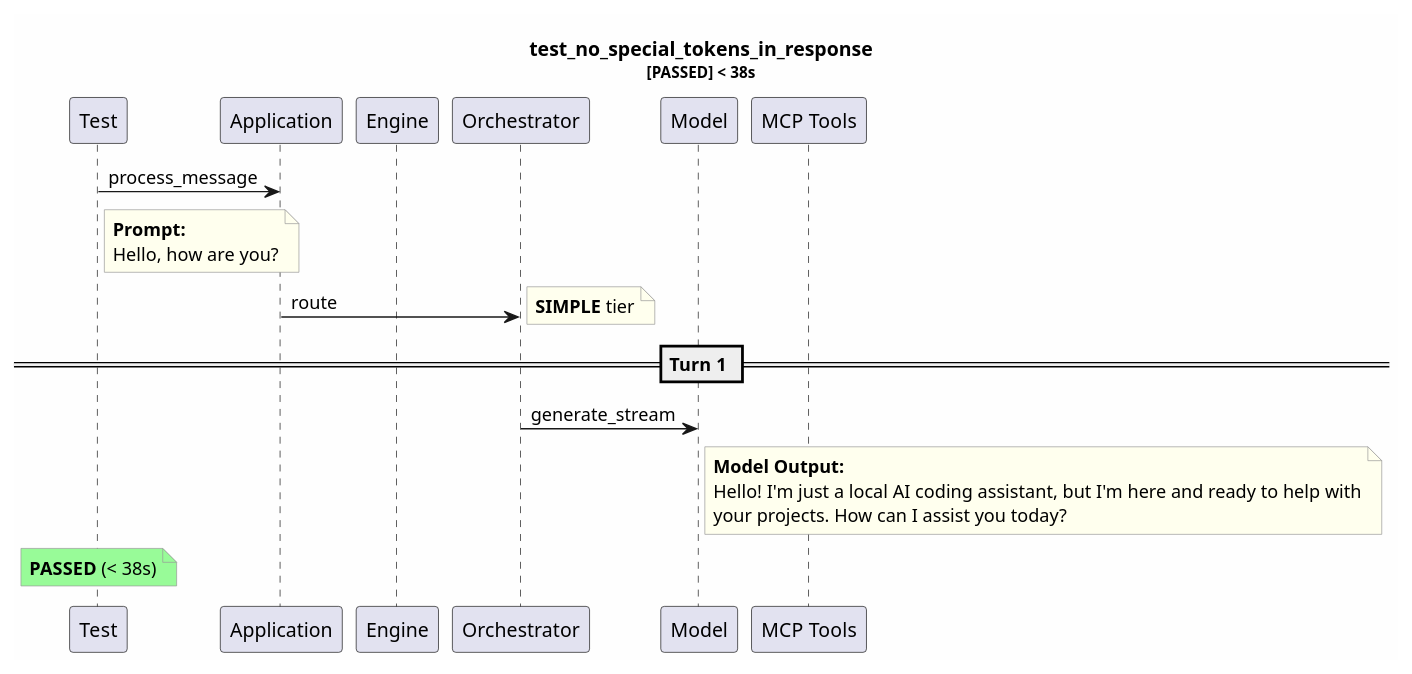
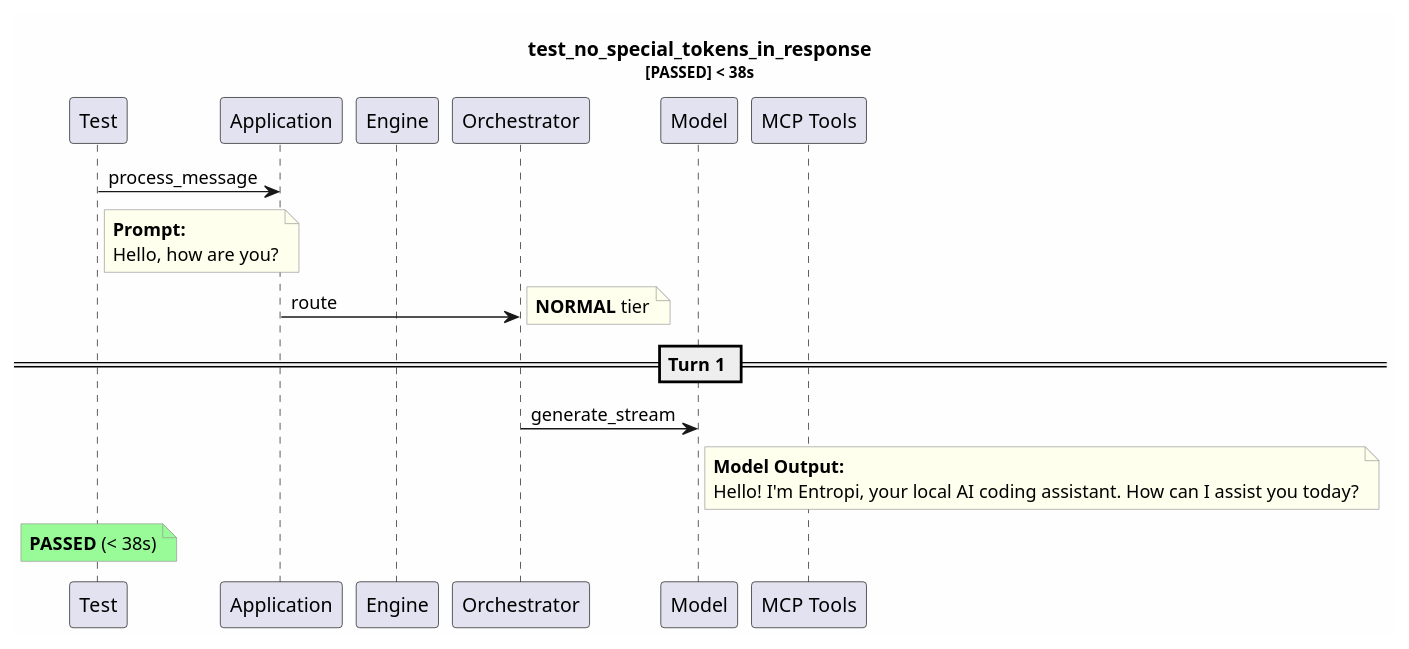
One commit to tvanfossen/entropic changed the diagram in test-reports/logs/test_no_special_tokens_in_response/test_no_special_tokens_in_response.puml. Above: the diagram before and after it, drawn with PlantUML. The commit also changed 73 other files, not shown here.

```diff
--- a/test-reports/logs/test_no_special_tokens_in_response/test_no_special_tokens_in_response.puml
+++ b/test-reports/logs/test_no_special_tokens_in_response/test_no_special_tokens_in_response.puml
@@ -1,32 +1,31 @@
 @startuml
 skinparam backgroundColor #FEFEFE
 skinparam noteBorderColor #999999
 skinparam noteBackgroundColor #FFFFEE
 title test_no_special_tokens_in_response\n<size:11>[PASSED] < 38s</size>
 
 participant "Test" as T
 participant "Application" as App
 participant "Engine" as Eng
 participant "Orchestrator" as Orch
 participant "Model" as Mdl
 participant "MCP Tools" as MCP
 
 T -> App: process_message
 note right of T
   **Prompt:**
   Hello, how are you?
 end note
 App -> Orch: route
-note right: **SIMPLE** tier
+note right: **NORMAL** tier
 == Turn 1 ==
 Orch -> Mdl: generate_stream
 note right of Mdl
   **Model Output:**
-  Hello! I'm just a local AI coding assistant, but I'm here and ready to help with
-  your projects. How can I assist you today?
+  Hello! I'm Entropi, your local AI coding assistant. How can I assist you today?
 end note
 note over T #palegreen
   **PASSED** (< 38s)
 end note
 
 @enduml
```
